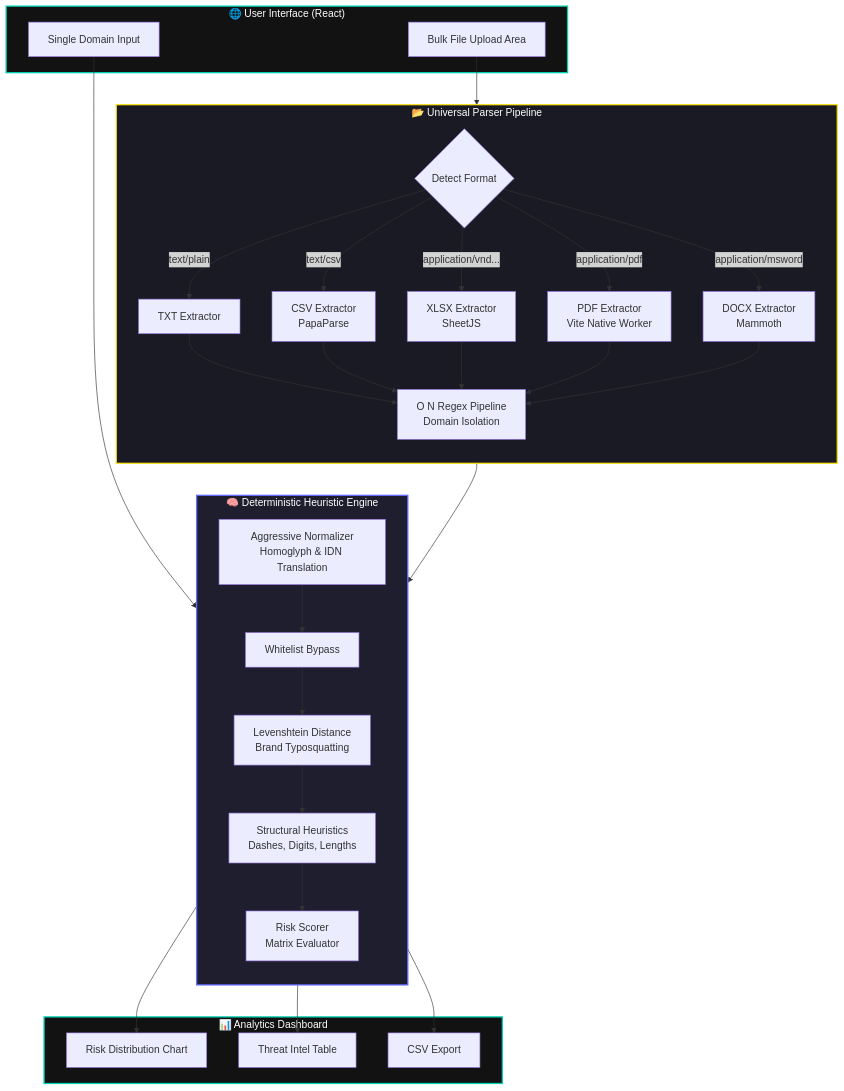
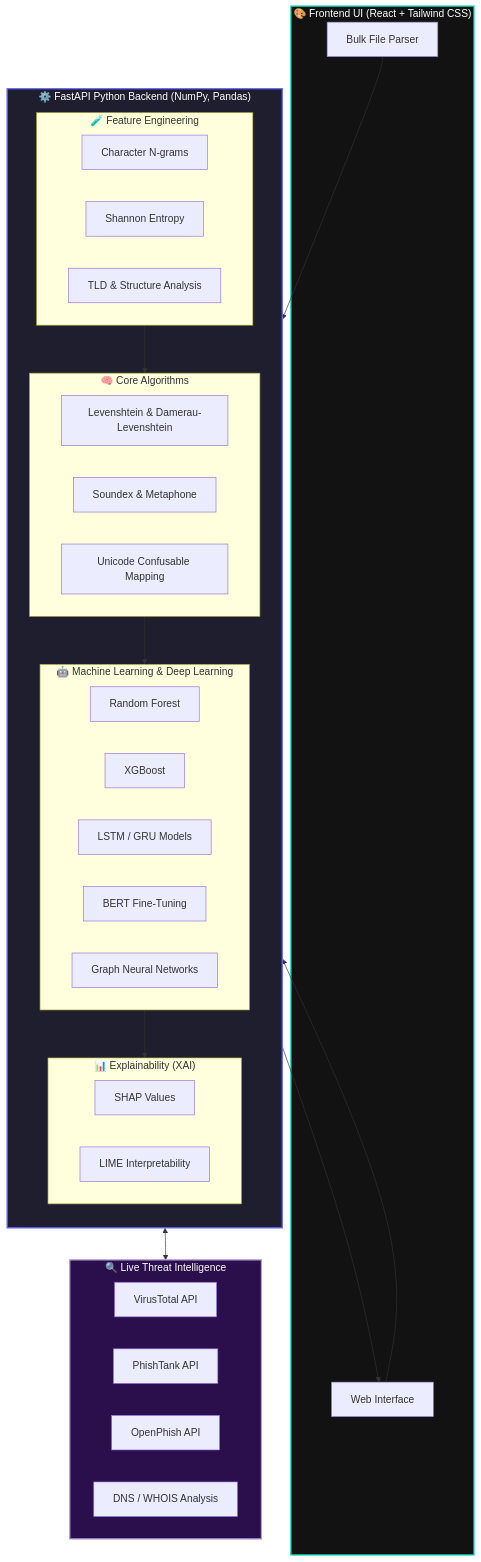
The diagram in README.md (ankitpremi12/phishguard-classifier), drawn with Mermaid before and after one commit. The commit also changed other lines of this file, not shown here.

Commit message:
docs: upgrade README to reflect enterprise ML infrastructure and AI tech stack

````diff
--- a/README.md
+++ b/README.md
@@ -25,73 +25,68 @@
 ```mermaid
 graph TD
     %% User Inputs
-    subgraph UI ["🌐 User Interface (React)"]
-        UI1[Single Domain Input]
-        UI2[Bulk File Upload Area]
+    subgraph Frontend ["🎨 Frontend UI (React + Tailwind CSS)"]
+        UI[Web Interface]
+        BULK[Bulk File Parser]
     end
 
-    %% Universal Parser Pipeline
-    subgraph Parser ["📂 Universal Parser Pipeline"]
-        direction TB
-        F1{Detect Format}
-        P_TXT[TXT Extractor]
-        P_CSV[CSV Extractor<br/>PapaParse]
-        P_XLS[XLSX Extractor<br/>SheetJS]
-        P_PDF[PDF Extractor<br/>Vite Native Worker]
-        P_DOC[DOCX Extractor<br/>Mammoth]
-        
-        REGEX[O N Regex Pipeline<br/>Domain Isolation]
+    %% Threat Intel
+    subgraph Intel ["🔍 Live Threat Intelligence"]
+        VT[VirusTotal API]
+        PT[PhishTank API]
+        OP[OpenPhish API]
+        DNS[DNS / WHOIS Analysis]
     end
 
-    %% The Engine
-    subgraph Engine ["🧠 Deterministic Heuristic Engine"]
+    %% Python Backend
+    subgraph Backend ["⚙️ FastAPI Python Backend (NumPy, Pandas)"]
         direction TB
-        NORM[Aggressive Normalizer<br/>Homoglyph & IDN Translation]
-        WL[Whitelist Bypass]
-        TYPO[Levenshtein Distance<br/>Brand Typosquatting]
-        HEUR[Structural Heuristics<br/>Dashes, Digits, Lengths]
-        SCORE[Risk Scorer<br/>Matrix Evaluator]
-    end
+        
+        %% Feature Engineering
+        subgraph Features ["🧪 Feature Engineering"]
+            NGRAM[Character N-grams]
+            ENT[Shannon Entropy]
+            TLD[TLD & Structure Analysis]
+        end
 
-    %% Output
-    subgraph Output ["📊 Analytics Dashboard"]
-        DASH1[Risk Distribution Chart]
-        DASH2[Threat Intel Table]
-        CSV[CSV Export]
+        %% Core Algorithms
+        subgraph CoreAlgo ["🧠 Core Algorithms"]
+            LEV[Levenshtein & Damerau-Levenshtein]
+            PHON[Soundex & Metaphone]
+            CONF[Unicode Confusable Mapping]
+        end
+
+        %% Deep Learning & ML
+        subgraph ML ["🤖 Machine Learning & Deep Learning"]
+            RF[Random Forest]
+            XGB[XGBoost]
+            LSTM[LSTM / GRU Models]
+            BERT[BERT Fine-Tuning]
+            GNN[Graph Neural Networks]
+        end
+
+        %% Explainability
+        subgraph XAI ["📊 Explainability (XAI)"]
+            SHAP[SHAP Values]
+            LIME[LIME Interpretability]
+        end
+        
+        Features --> CoreAlgo
+        CoreAlgo --> ML
+        ML --> XAI
     end
 
     %% Connections
-    UI1 --> NORM
-    UI2 --> F1
-    
-    F1 -->|text/plain| P_TXT
-    F1 -->|text/csv| P_CSV
-    F1 -->|application/vnd...| P_XLS
-    F1 -->|application/pdf| P_PDF
-    F1 -->|application/msword| P_DOC
-    
-    P_TXT --> REGEX
-    P_CSV --> REGEX
-    P_XLS --> REGEX
-    P_PDF --> REGEX
-    P_DOC --> REGEX
-    
-    REGEX --> NORM
-    
-    NORM --> WL
-    WL --> TYPO
-    TYPO --> HEUR
-    HEUR --> SCORE
-    
-    SCORE --> DASH1
-    SCORE --> DASH2
-    SCORE --> CSV
+    UI --> Backend
+    BULK --> Backend
+    Backend <--> Intel
+    XAI --> UI
 
     classDef engine fill:#1e1e2f,stroke:#646CFF,stroke-width:2px,color:#fff
     classDef ui fill:#121212,stroke:#00D1B2,stroke-width:2px,color:#fff
-    classDef parser fill:#1a1a24,stroke:#F7DF1E,stroke-width:2px,color:#fff
+    classDef intel fill:#2b0f4c,stroke:#B19CD9,stroke-width:2px,color:#fff
     
-    class Engine engine
-    class Output,UI ui
-    class Parser parser
+    class Backend engine
+    class Frontend ui
+    class Intel intel
 ```
````
